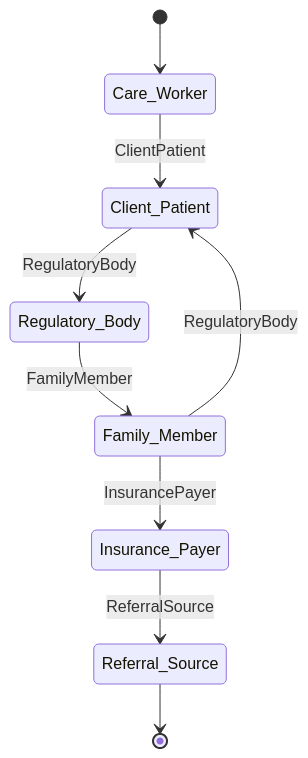
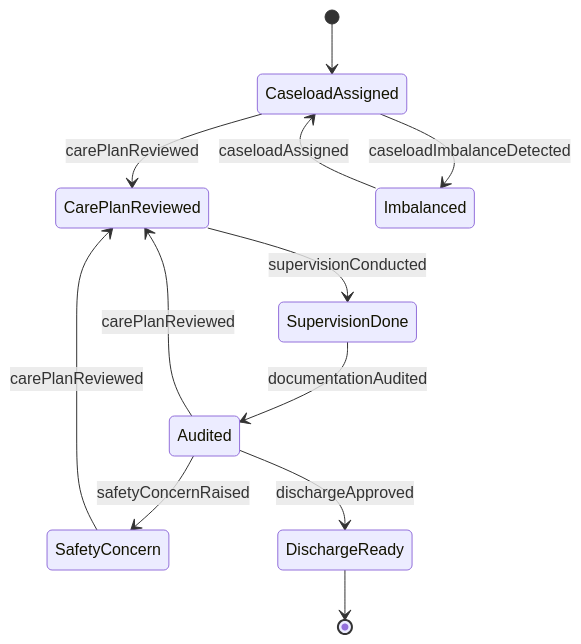
One commit to dot-org-ai/tasks.org.ai changed the second of 4 diagrams in GuidingDirectingAndMotivatingSubordinates/SupervisePersonnelActivities/SuperviseWorkersProvidingClientPatient.mdx. Above: the diagram before and after it, drawn with Mermaid. The commit also changed other lines of this file and 515 other files, not shown here.

````diff
--- a/GuidingDirectingAndMotivatingSubordinates/SupervisePersonnelActivities/SuperviseWorkersProvidingClientPatient.mdx
+++ b/GuidingDirectingAndMotivatingSubordinates/SupervisePersonnelActivities/SuperviseWorkersProvidingClientPatient.mdx
@@ -101,11 +98,14 @@
 ```mermaid
 stateDiagram-v2
-    [*] --> Care_Worker
-    Care_Worker --> Client_Patient: ClientPatient
-    Client_Patient --> Regulatory_Body: RegulatoryBody
-    Regulatory_Body --> Family_Member: FamilyMember
-    Family_Member --> Insurance_Payer: InsurancePayer
-    Insurance_Payer --> Referral_Source: ReferralSource
-    Family_Member --> Client_Patient: RegulatoryBody
-    Referral_Source --> [*]
+    [*] --> CaseloadAssigned
+    CaseloadAssigned --> CarePlanReviewed : carePlanReviewed
+    CarePlanReviewed --> SupervisionDone : supervisionConducted
+    SupervisionDone --> Audited : documentationAudited
+    Audited --> SafetyConcern : safetyConcernRaised
+    SafetyConcern --> CarePlanReviewed : carePlanReviewed
+    Audited --> DischargeReady : dischargeApproved
+    Audited --> CarePlanReviewed : carePlanReviewed
+    CaseloadAssigned --> Imbalanced : caseloadImbalanceDetected
+    Imbalanced --> CaseloadAssigned : caseloadAssigned
+    DischargeReady --> [*]
 ```
````
